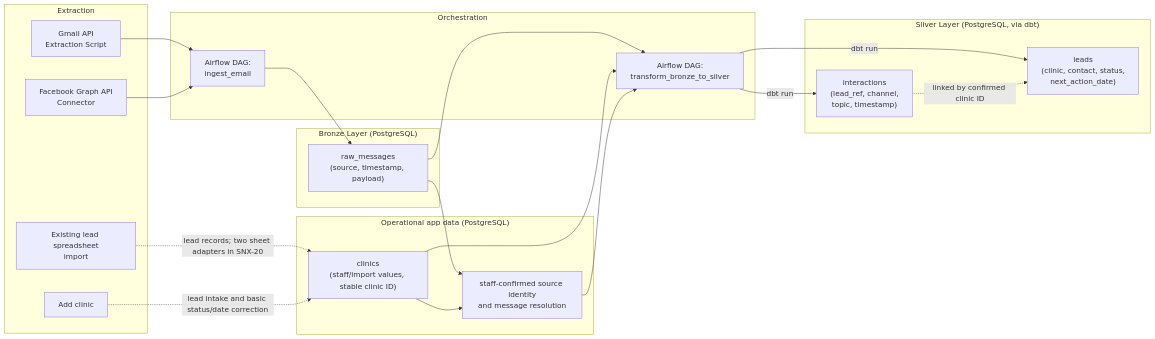
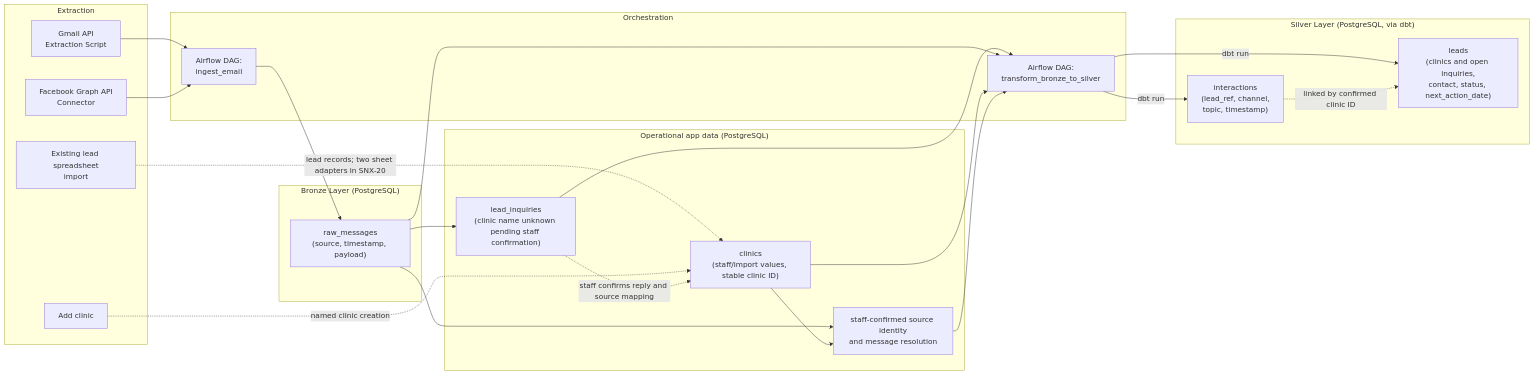
One commit to CMSC128-NexusWorks/SolNexus changed the third of 4 diagrams in docs/architecture.md. Above: the diagram before and after it, drawn with Mermaid. The commit also changed other lines of this file and 6 other files, not shown here.

Commit message:
docs(snx-20): add FR-21 and align phase 1 architecture

````diff
--- a/docs/architecture.md
+++ b/docs/architecture.md
@@ -185,40 +186,44 @@
 ```mermaid
 flowchart LR
     subgraph EXTRACT["Extraction"]
         E1["Gmail API\nExtraction Script"]
         E3["Facebook Graph API\nConnector"]
         E2["Existing lead spreadsheet\nimport"]
         E4["Add clinic"]
     end
 
     subgraph ORCH["Orchestration"]
         DAG1["Airflow DAG:\ningest_email"]
         DAG2["Airflow DAG:\ntransform_bronze_to_silver"]
     end
 
     subgraph BRONZE_L["Bronze Layer (PostgreSQL)"]
         RAW["raw_messages\n(source, timestamp, payload)"]
     end
     subgraph APP_L["Operational app data (PostgreSQL)"]
         CLINICS["clinics\n(staff/import values, stable clinic ID)"]
+        INQUIRIES["lead_inquiries\n(clinic name unknown pending staff confirmation)"]
         LINKS["staff-confirmed source identity\nand message resolution"]
     end
 
     subgraph SILVER_L["Silver Layer (PostgreSQL, via dbt)"]
-        LEADS["leads\n(clinic, contact, status,\nnext_action_date)"]
+        LEADS["leads\n(clinics and open inquiries,\ncontact, status, next_action_date)"]
         INTER["interactions\n(lead_ref, channel,\ntopic, timestamp)"]
     end
 
     E1 --> DAG1 --> RAW
     E3 --> DAG1
     E2 -. "lead records; two sheet adapters in SNX-20" .-> CLINICS
-    E4 -. "lead intake and basic status/date correction" .-> CLINICS
+    E4 -. "named clinic creation" .-> CLINICS
+    RAW --> INQUIRIES
+    INQUIRIES --> DAG2
+    INQUIRIES -. "staff confirms reply and source mapping" .-> CLINICS
     RAW --> DAG2
     CLINICS --> DAG2
     LINKS --> DAG2
     DAG2 -- "dbt run" --> LEADS
     DAG2 -- "dbt run" --> INTER
     RAW --> LINKS
     CLINICS --> LINKS
     INTER -.->|linked by confirmed clinic ID| LEADS
 ```
````
